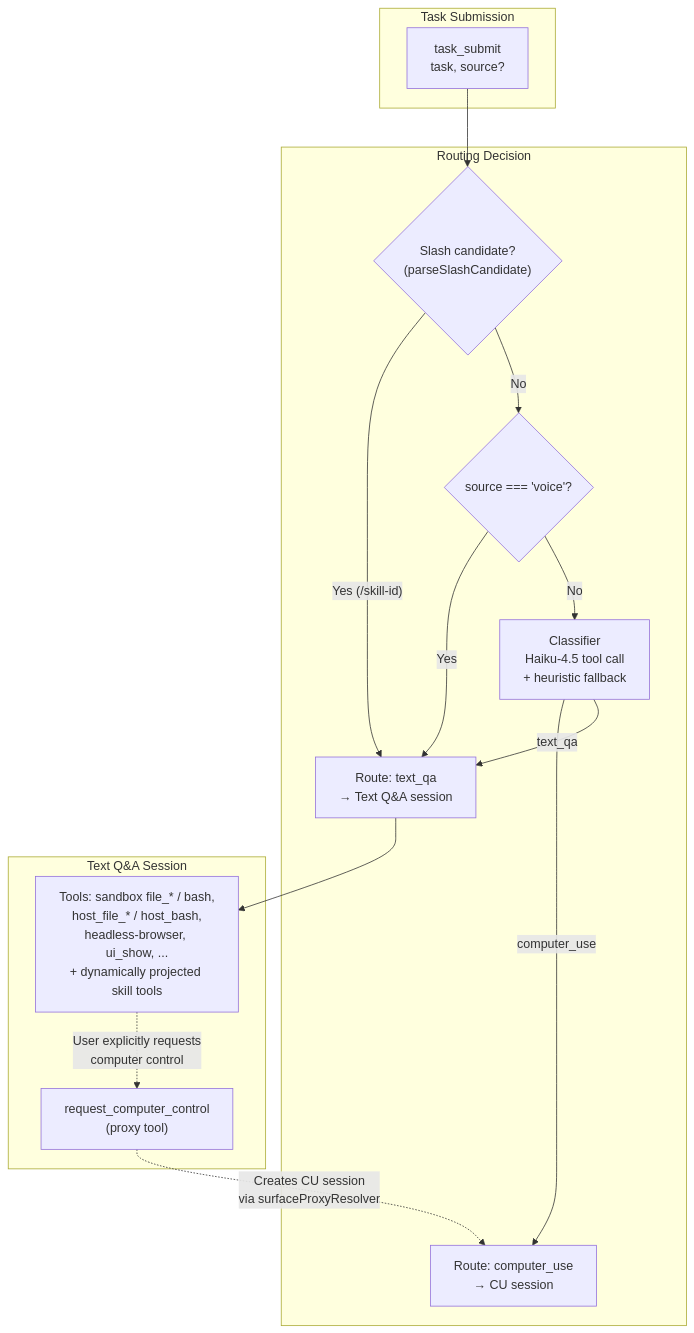
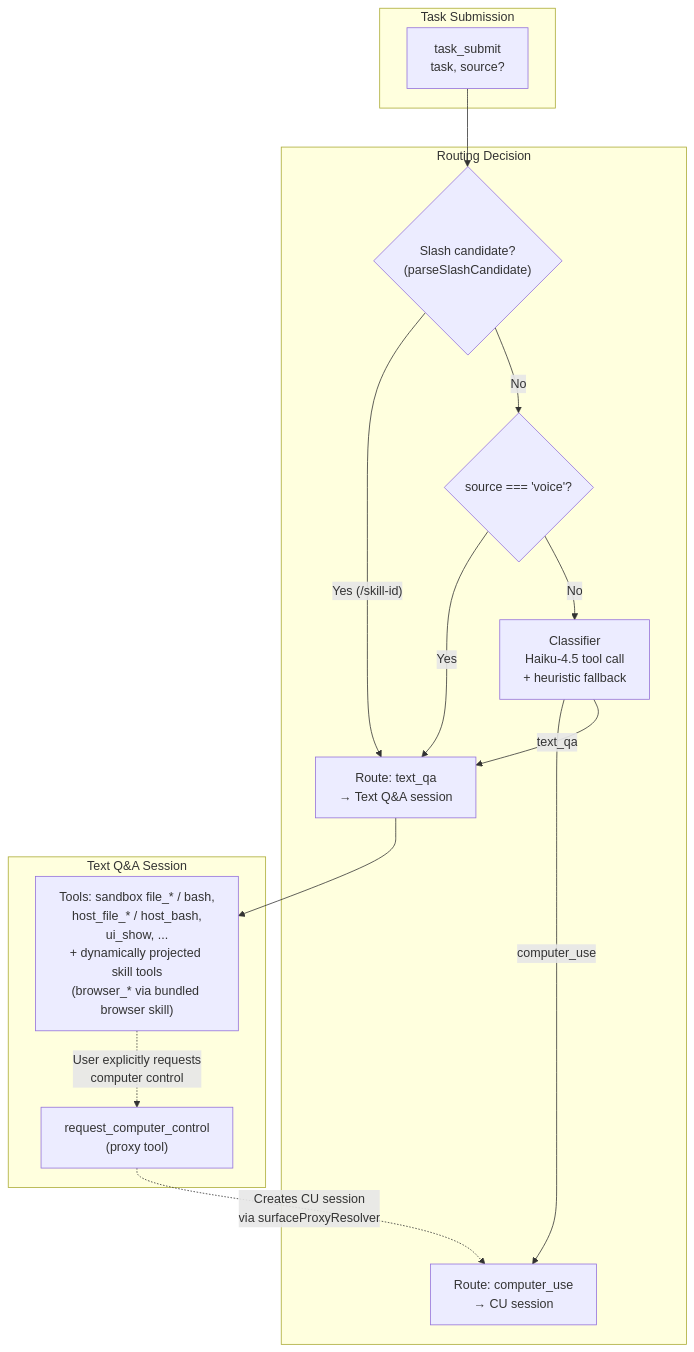
Diagram 15 of 34 in ARCHITECTURE.md (vellum-ai/vellum-assistant), drawn with Mermaid before and after one commit. The commit also changed other lines of this file, not shown here.

Commit message:
docs: update architecture for browser skill migration and default trust rules

````diff
--- a/ARCHITECTURE.md
+++ b/ARCHITECTURE.md
@@ -1299,31 +1299,31 @@
 ```mermaid
 graph TB
     subgraph "Task Submission"
         SUBMIT["task_submit<br/>task, source?"]
     end
 
     subgraph "Routing Decision"
         SLASH_CHECK{"Slash candidate?<br/>(parseSlashCandidate)"}
         VOICE_CHECK{"source === 'voice'?"}
         CLASSIFIER["Classifier<br/>Haiku-4.5 tool call<br/>+ heuristic fallback"]
         CU_ROUTE["Route: computer_use<br/>→ CU session"]
         QA_ROUTE["Route: text_qa<br/>→ Text Q&A session"]
     end
 
     subgraph "Text Q&A Session"
-        TEXT_TOOLS["Tools: sandbox file_* / bash,<br/>host_file_* / host_bash,<br/>headless-browser, ui_show, ...<br/>+ dynamically projected skill tools"]
+        TEXT_TOOLS["Tools: sandbox file_* / bash,<br/>host_file_* / host_bash,<br/>ui_show, ...<br/>+ dynamically projected skill tools<br/>(browser_* via bundled browser skill)"]
         ESCALATE["request_computer_control<br/>(proxy tool)"]
     end
 
     SUBMIT --> SLASH_CHECK
     SLASH_CHECK -->|"Yes (/skill-id)"| QA_ROUTE
     SLASH_CHECK -->|"No"| VOICE_CHECK
     VOICE_CHECK -->|"Yes"| QA_ROUTE
     VOICE_CHECK -->|"No"| CLASSIFIER
     CLASSIFIER -->|"computer_use"| CU_ROUTE
     CLASSIFIER -->|"text_qa"| QA_ROUTE
 
     QA_ROUTE --> TEXT_TOOLS
     TEXT_TOOLS -.->|"User explicitly requests<br/>computer control"| ESCALATE
     ESCALATE -.->|"Creates CU session<br/>via surfaceProxyResolver"| CU_ROUTE
 ```
````
